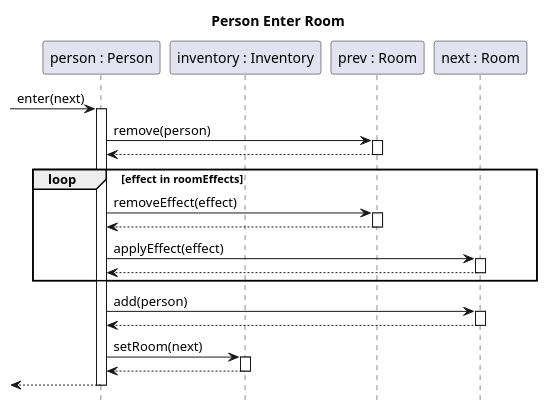
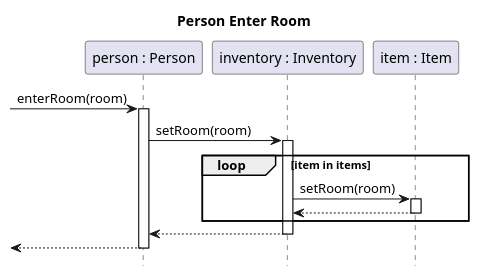
Before and after one commit to sn4k3ch4rm3r/logarlec: the diagram in docs/diagrams/sequence/person-enter-room.puml, drawn with PlantUML. The commit also changed 9 other files, not shown here.

```diff
--- a/docs/diagrams/sequence/person-enter-room.puml
+++ b/docs/diagrams/sequence/person-enter-room.puml
@@ -1,26 +1,19 @@
 @startuml person-enter-room
 title Person Enter Room
 hide footbox
 skinparam SequenceReferenceBackgroundColor white
 autoactivate on
 
 participant "person : Person" as person
-participant "inventory : Inventory" as inv
-participant "prev : Room" as prev
-participant "next : Room" as next
+participant "inventory : Inventory" as inventory
+participant "item : Item" as item
 
-[-> person : enter(next)
-	person -> prev : remove(person)
-	return
-	loop effect in roomEffects 
-		person -> prev : removeEffect(effect)
-		return
-		person -> next : applyEffect(effect)
-		return
-	end
-	person -> next : add(person)
-	return
-	person -> inv : setRoom(next)
+[-> person : enterRoom(room)
+	person -> inventory ++: setRoom(room)
+		loop item in items
+			inventory -> item ++ : setRoom(room)
+			return
+		end
 	return
 return
 @enduml
```
